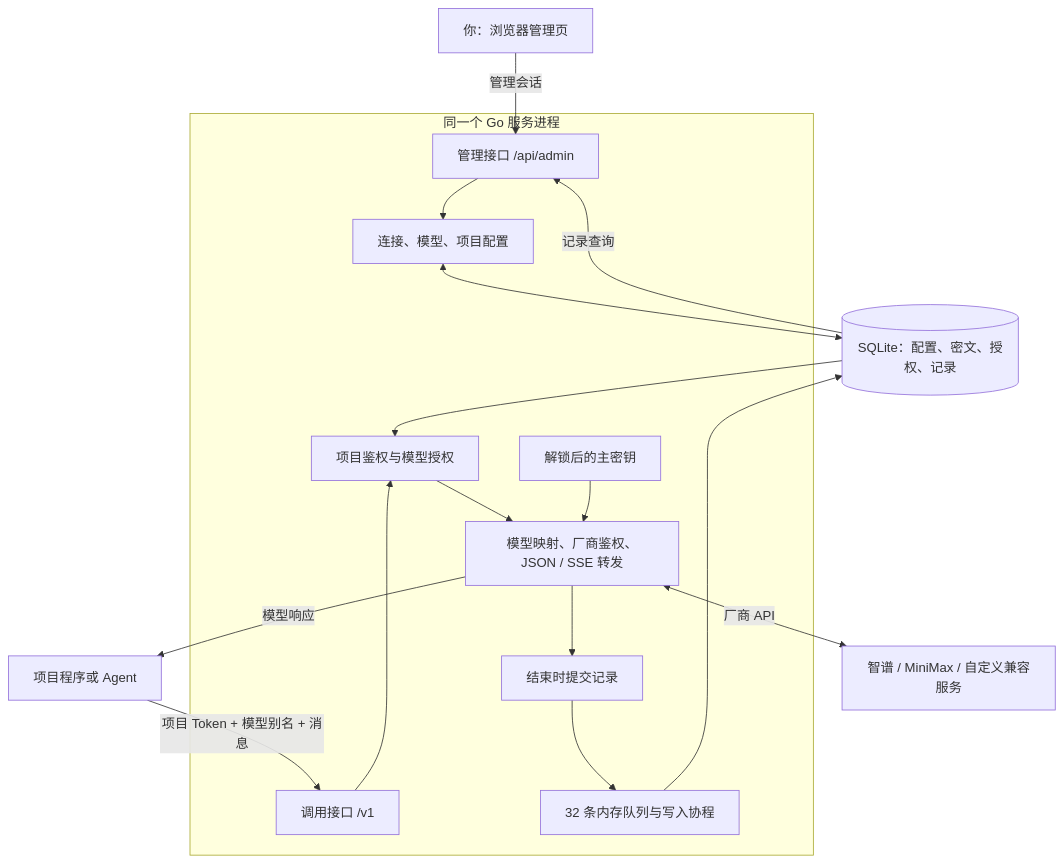
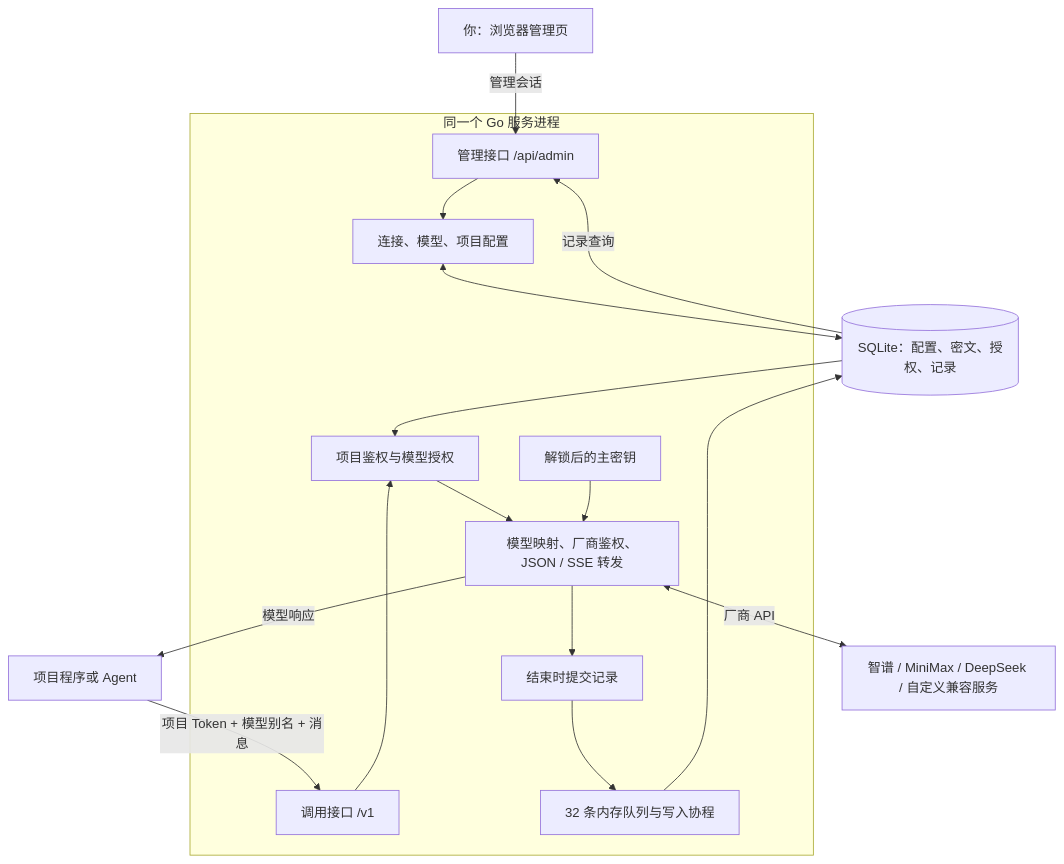
One commit to Austinenna/ai-gateway changed the diagram in docs/current-architecture.md. Above: the diagram before and after it, drawn with Mermaid. The commit also changed other lines of this file and 11 other files, not shown here.

Commit message:
feat: 添加 DeepSeek 厂商模板 | Add DeepSeek provider template

````diff
--- a/docs/current-architecture.md
+++ b/docs/current-architecture.md
@@ -30,19 +30,19 @@
 ```mermaid
 flowchart TB
     Human[你：浏览器管理页] -->|管理会话| Admin[管理接口 /api/admin]
     Client[项目程序或 Agent] -->|项目 Token + 模型别名 + 消息| Entry[调用接口 /v1]
     subgraph Service[同一个 Go 服务进程]
         Admin --> Config[连接、模型、项目配置]
         Entry --> Auth[项目鉴权与模型授权]
         Auth --> Forward[模型映射、厂商鉴权、JSON / SSE 转发]
         Vault[解锁后的主密钥] --> Forward
         Forward --> Capture[结束时提交记录]
         Capture --> Queue[32 条内存队列与写入协程]
     end
     Config <--> DB[(SQLite：配置、密文、授权、记录)]
     DB --> Auth
     Queue --> DB
     DB -->|记录查询| Admin
-    Forward <-->|厂商 API| Provider[智谱 / MiniMax / 自定义兼容服务]
+    Forward <-->|厂商 API| Provider[智谱 / MiniMax / DeepSeek / 自定义兼容服务]
     Forward -->|模型响应| Client
 ```
````
